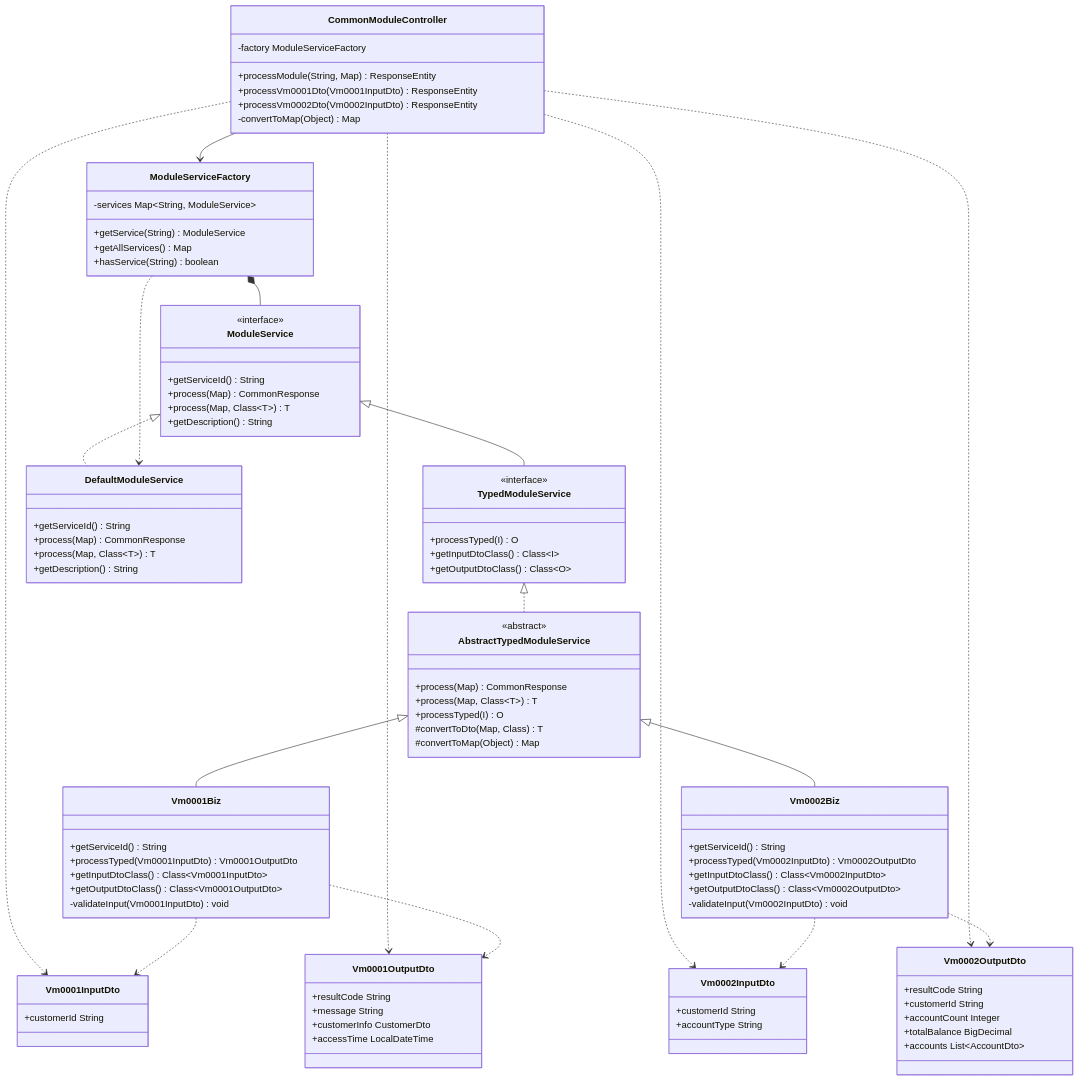
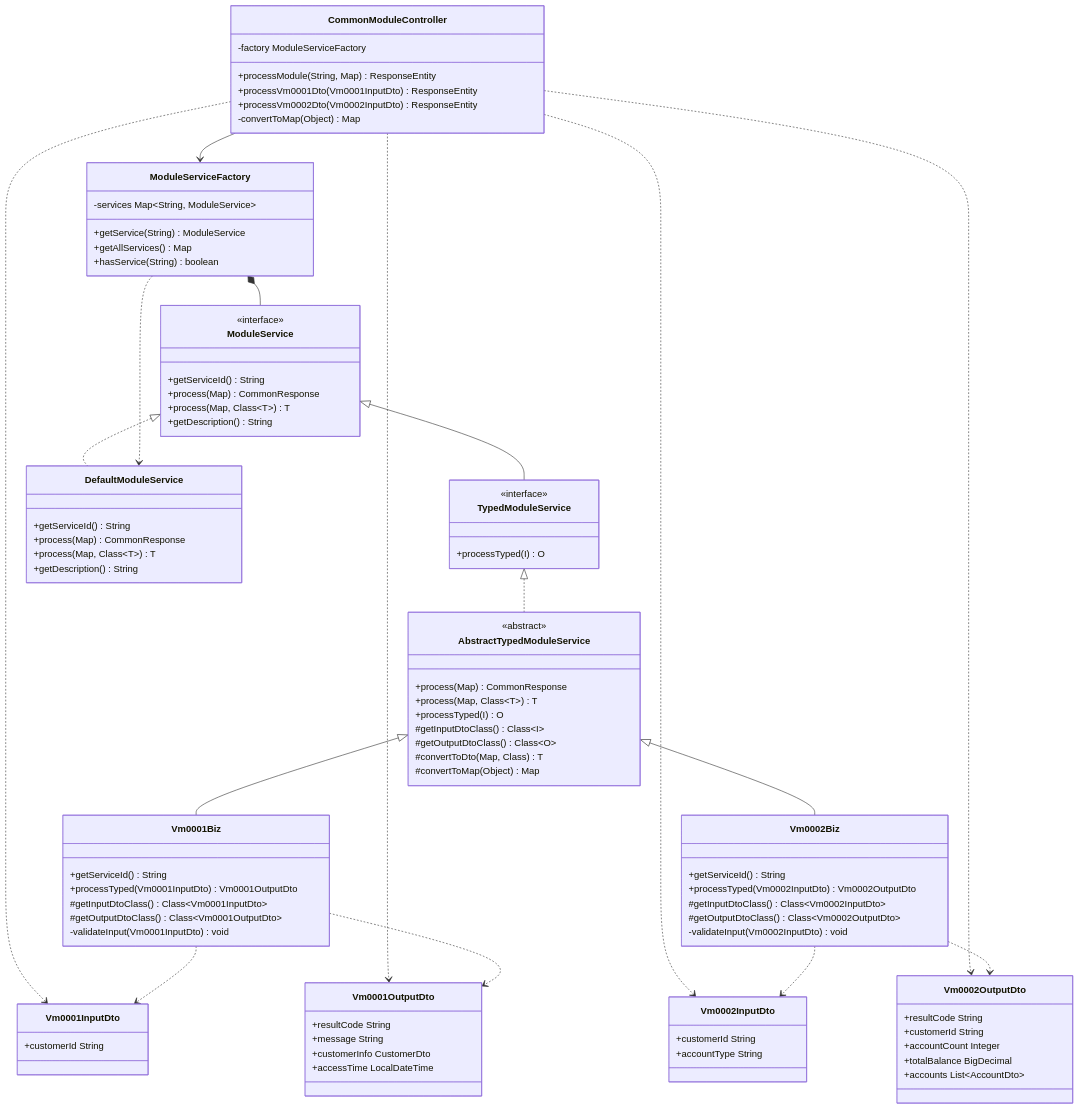
Before and after one commit to kubelin/wm-common: the first of 3 diagrams in README.md, drawn with Mermaid. The commit also changed 6 other files, not shown here.

```diff
--- a/README.md
+++ b/README.md
@@ -61,8 +61,6 @@
     class TypedModuleService {
         <<interface>>
         +processTyped(I) O
-        +getInputDtoClass() Class~I~
-        +getOutputDtoClass() Class~O~
     }
     
     class AbstractTypedModuleService {
@@ -70,6 +68,8 @@
         +process(Map) CommonResponse
         +process(Map, Class~T~) T
         +processTyped(I) O
+        #getInputDtoClass() Class~I~
+        #getOutputDtoClass() Class~O~
         #convertToDto(Map, Class) T
         #convertToMap(Object) Map
     }
@@ -77,16 +77,16 @@
     class Vm0001Biz {
         +getServiceId() String
         +processTyped(Vm0001InputDto) Vm0001OutputDto
-        +getInputDtoClass() Class~Vm0001InputDto~
-        +getOutputDtoClass() Class~Vm0001OutputDto~
+        #getInputDtoClass() Class~Vm0001InputDto~
+        #getOutputDtoClass() Class~Vm0001OutputDto~
         -validateInput(Vm0001InputDto) void
     }
     
     class Vm0002Biz {
         +getServiceId() String
         +processTyped(Vm0002InputDto) Vm0002OutputDto
-        +getInputDtoClass() Class~Vm0002InputDto~
-        +getOutputDtoClass() Class~Vm0002OutputDto~
+        #getInputDtoClass() Class~Vm0002InputDto~
+        #getOutputDtoClass() Class~Vm0002OutputDto~
         -validateInput(Vm0002InputDto) void
     }
     
```
